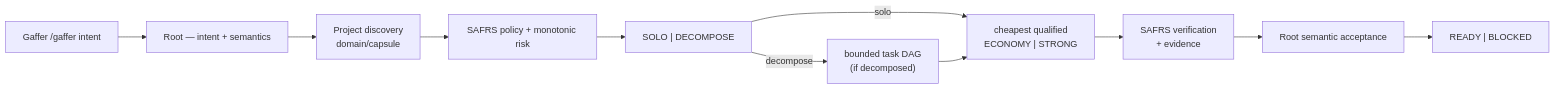
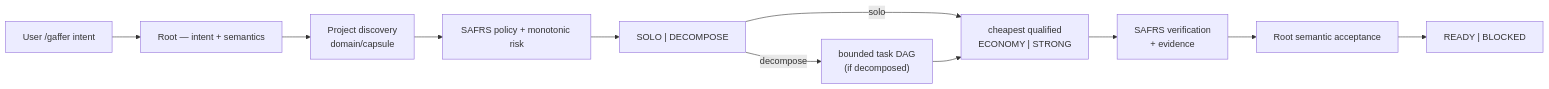
Before and after one commit to drferdi/Monorepo-safrs: the diagram in sentrawiki/features/gaffer-orchestration.md, drawn with Mermaid. The commit also changed other lines of this file and 1 other file, not shown here.

First line of the commit message:
docs(sentrawiki): the user, not Gaffer, gives /gaffer its intent (R1)

````diff
--- a/sentrawiki/features/gaffer-orchestration.md
+++ b/sentrawiki/features/gaffer-orchestration.md
@@ -26,18 +26,18 @@
 ```mermaid
 flowchart LR
-    User["Gaffer /gaffer intent"]
+    User["User /gaffer intent"]
     Root["Root — intent + semantics"]
     Disc["Project discovery<br/>domain/capsule"]
     Pol["SAFRS policy + monotonic risk"]
     Route["SOLO | DECOMPOSE"]
     DAG["bounded task DAG<br/>(if decomposed)"]
     Worker["cheapest qualified<br/>ECONOMY | STRONG"]
     Verify["SAFRS verification<br/>+ evidence"]
     Accept["Root semantic acceptance"]
     Done["READY | BLOCKED"]
 
     User --> Root --> Disc --> Pol --> Route
     Route -->|solo| Worker
     Route -->|decompose| DAG --> Worker
     Worker --> Verify --> Accept --> Done
 ```
````
